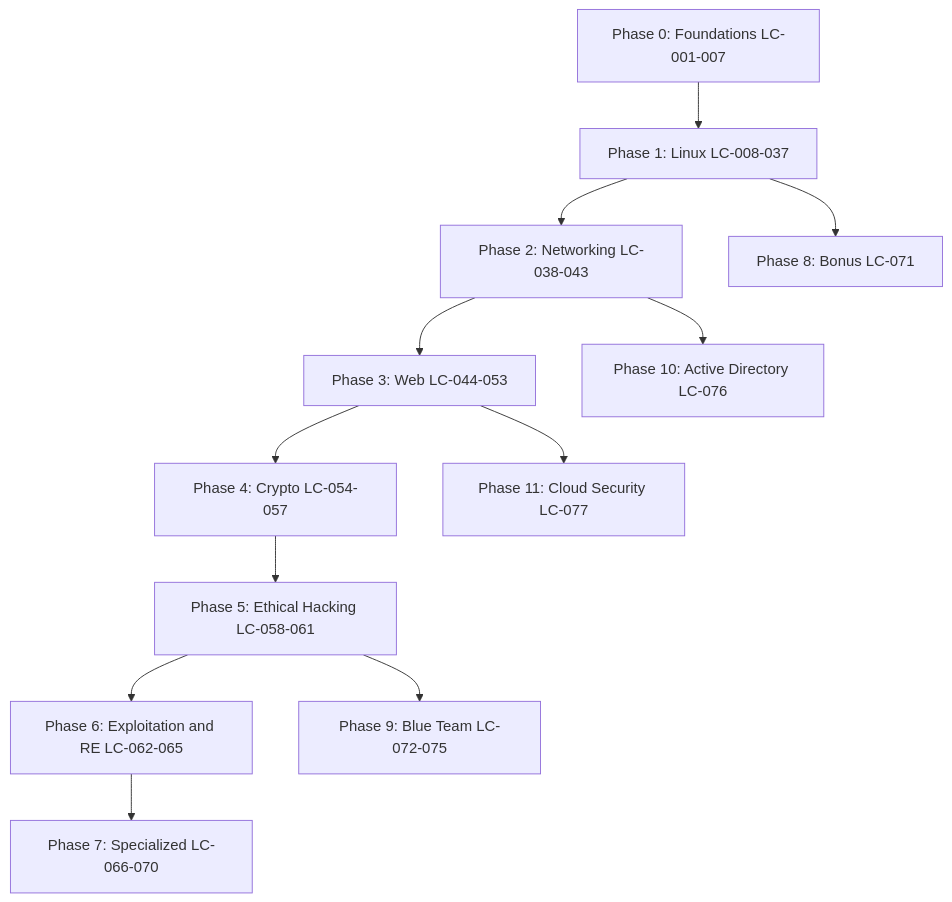
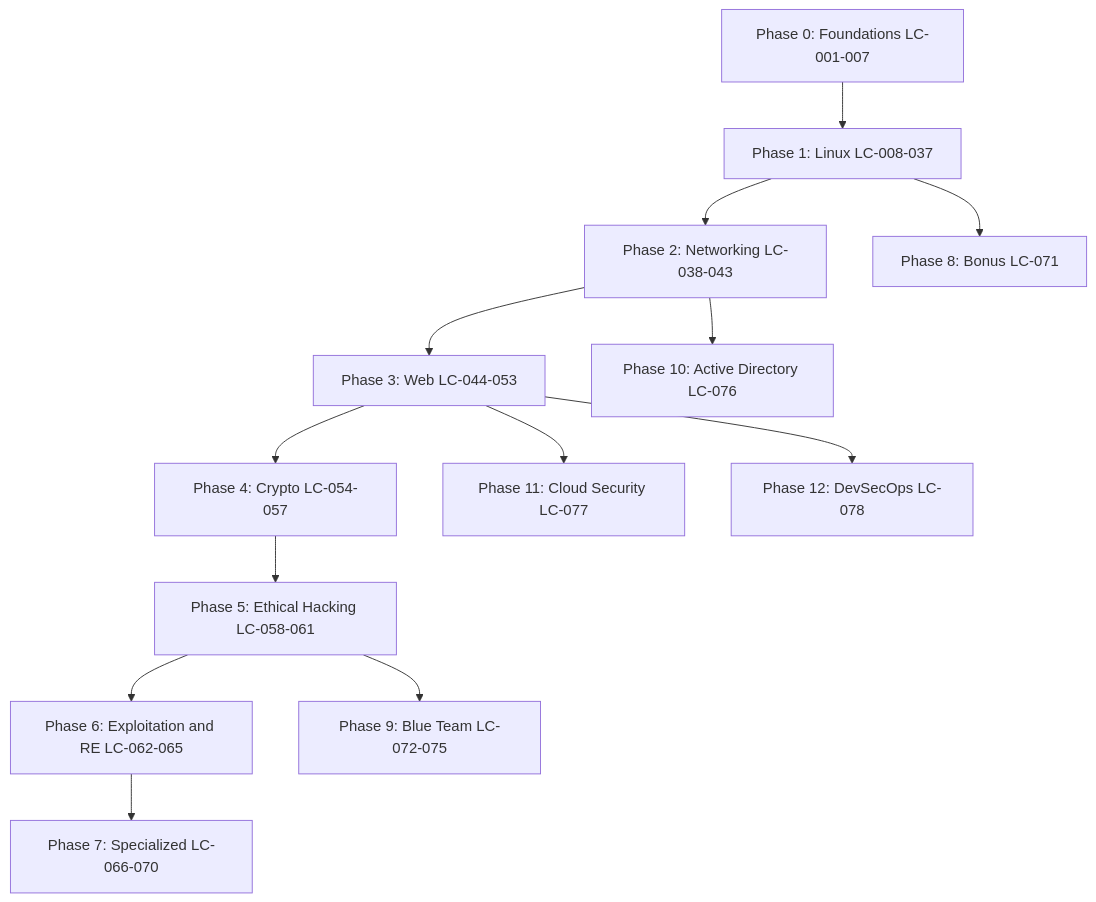
Before and after one commit to Kodokthegr3at/Zero2Root: the diagram in ROADMAP.md, drawn with Mermaid. The commit also changed other lines of this file and 16 other files, not shown here.

Commit message:
Add LC-078 DevSecOps Fundamentals (id/en/ja) as Phase 12

````diff
--- a/ROADMAP.md
+++ b/ROADMAP.md
@@ -21,14 +21,15 @@
 ```mermaid
 flowchart TD
     P0[Phase 0: Foundations LC-001-007] --> P1[Phase 1: Linux LC-008-037]
     P1 --> P2[Phase 2: Networking LC-038-043]
     P2 --> P3[Phase 3: Web LC-044-053]
     P3 --> P4[Phase 4: Crypto LC-054-057]
     P4 --> P5[Phase 5: Ethical Hacking LC-058-061]
     P5 --> P6[Phase 6: Exploitation and RE LC-062-065]
     P6 --> P7[Phase 7: Specialized LC-066-070]
     P1 --> P8[Phase 8: Bonus LC-071]
     P5 --> P9[Phase 9: Blue Team LC-072-075]
     P2 --> P10[Phase 10: Active Directory LC-076]
     P3 --> P11[Phase 11: Cloud Security LC-077]
+    P3 --> P12[Phase 12: DevSecOps LC-078]
 ```
````
